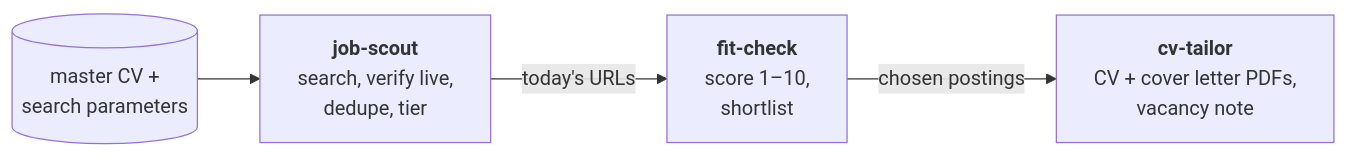
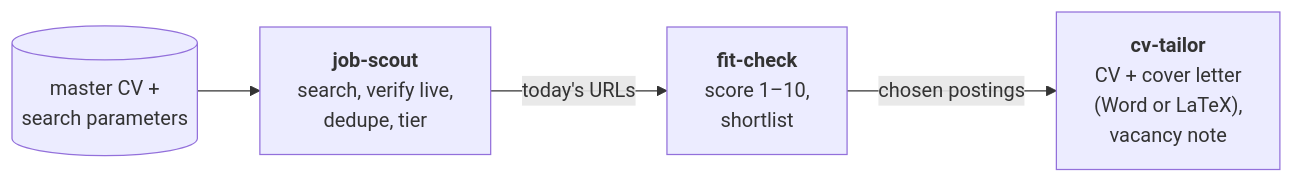
Before and after one commit to matvazp/job-hunt-kit: the diagram in README.md, drawn with Mermaid. The commit also changed other lines of this file and 17 other files, not shown here.

````diff
--- a/README.md
+++ b/README.md
@@ -18,7 +20,7 @@
 ```mermaid
 flowchart LR
     P[("master CV +<br>search parameters")] --> S
     S["<b>job-scout</b><br>search, verify live,<br>dedupe, tier"] -->|today's URLs| F
     F["<b>fit-check</b><br>score 1–10,<br>shortlist"] -->|chosen postings| T
-    T["<b>cv-tailor</b><br>CV + cover letter PDFs,<br>vacancy note"]
+    T["<b>cv-tailor</b><br>CV + cover letter<br>(Word or LaTeX),<br>vacancy note"]
 ```
````
